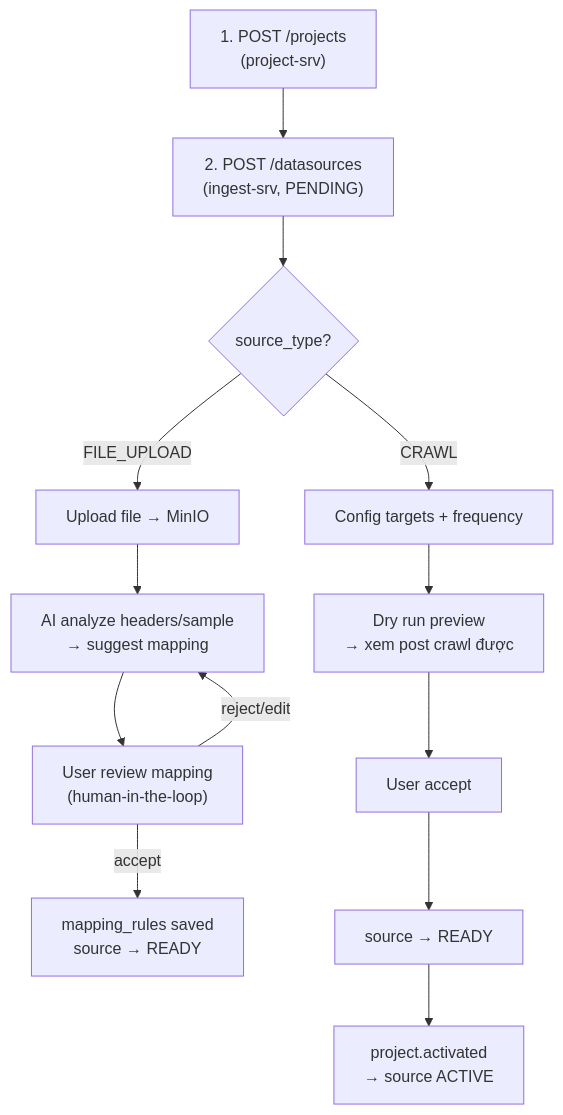
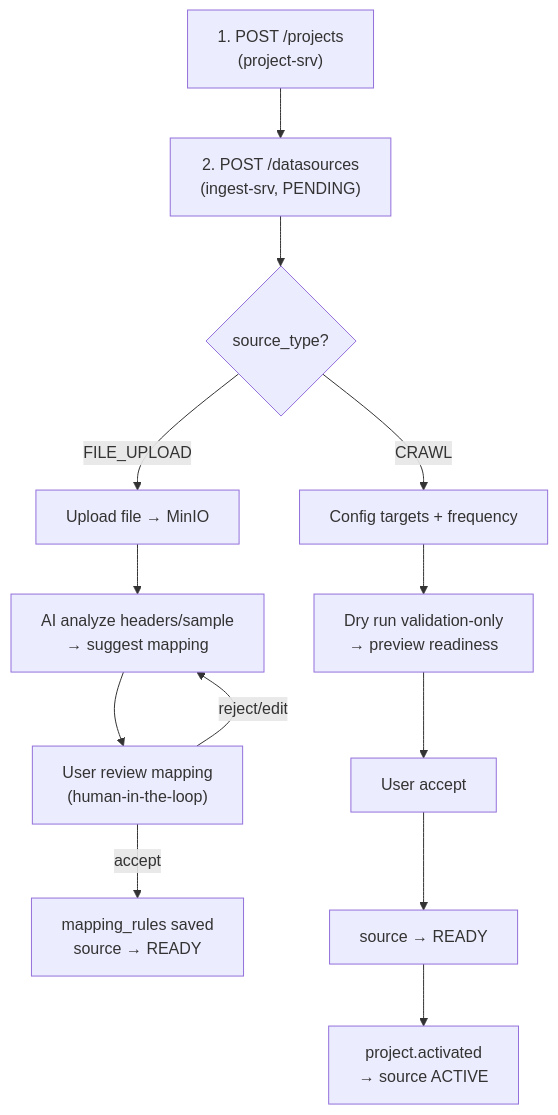
One commit to smap-hcmut/ingest-srv changed the diagram in documents/resource/ingest/ingest_des.md. Above: the diagram before and after it, drawn with Mermaid. The commit also changed other lines of this file and 94 other files, not shown here.

Commit message:
update schema and dry run

````diff
--- a/documents/resource/ingest/ingest_des.md
+++ b/documents/resource/ingest/ingest_des.md
@@ -31,17 +31,17 @@
 ```mermaid
 graph TD
     A["1. POST /projects<br/>(project-srv)"] --> B["2. POST /datasources<br/>(ingest-srv, PENDING)"]
     B --> C{source_type?}
     C -->|FILE_UPLOAD| D["Upload file → MinIO"]
     C -->|CRAWL| H["Config targets + frequency"]
 
     D --> E["AI analyze headers/sample<br/>→ suggest mapping"]
     E --> F["User review mapping<br/>(human-in-the-loop)"]
     F -->|accept| G["mapping_rules saved<br/>source → READY"]
     F -->|reject/edit| E
 
-    H --> I["Dry run preview<br/>→ xem post crawl được"]
+    H --> I["Dry run validation-only<br/>→ preview readiness"]
     I --> J["User accept"]
     J --> K["source → READY"]
     K --> L["project.activated<br/>→ source ACTIVE"]
 ```
````
